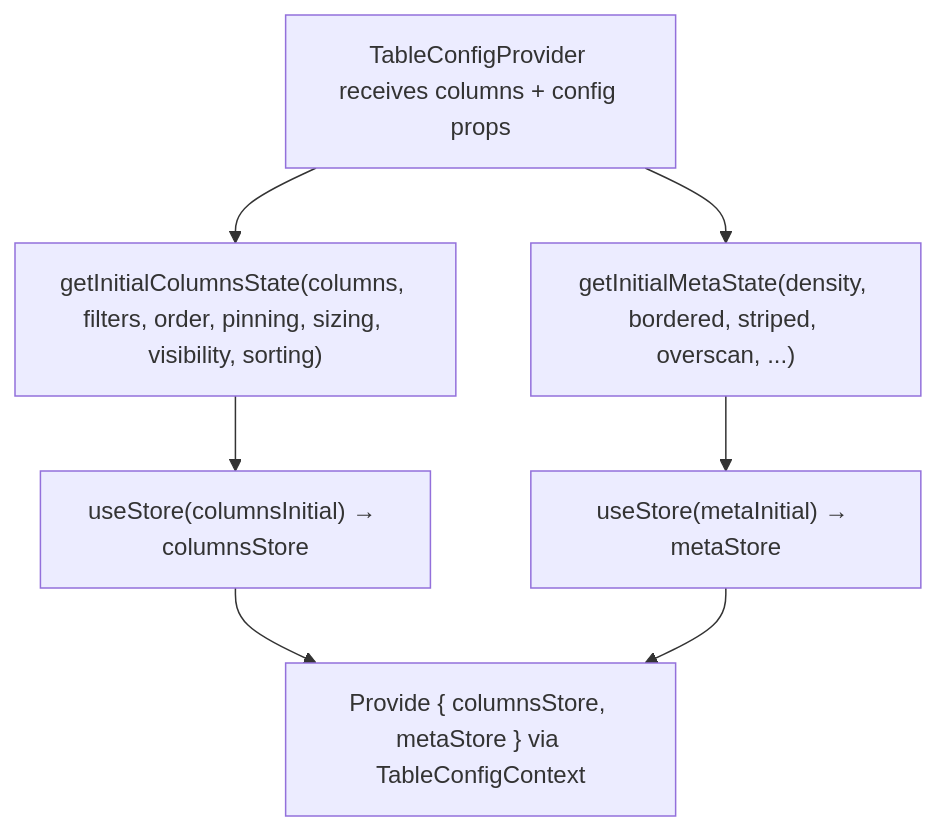
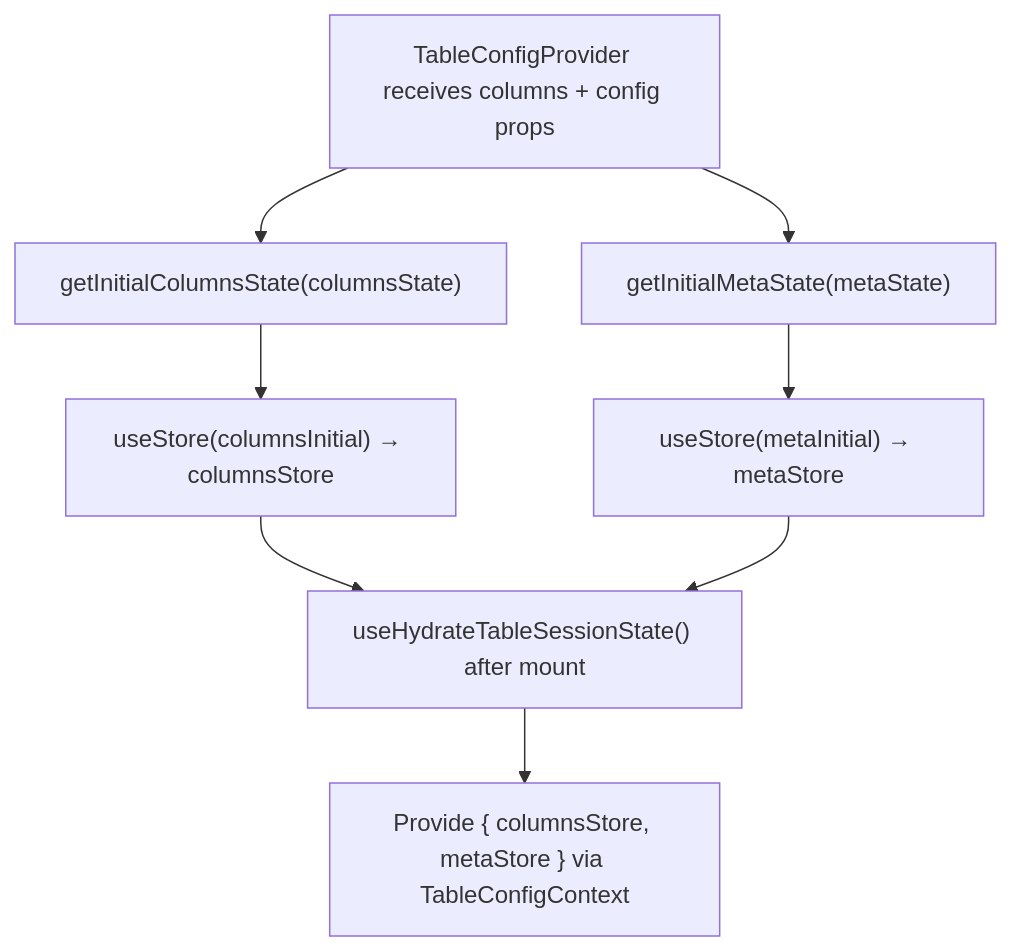
The second of 2 diagrams in apps/react-router/src/components/Table/contexts/TableConfig/ARCHITECTURE.md (luciocabrera/lcabrera-stack), drawn with Mermaid before and after one commit. The commit also changed other lines of this file and 19 other files, not shown here.

Commit message:
feat: add isBusy prop to Button, Tabs, ToggleSwitch components and update architecture documentation

````diff
--- a/apps/react-router/src/components/Table/contexts/TableConfig/ARCHITECTURE.md
+++ b/apps/react-router/src/components/Table/contexts/TableConfig/ARCHITECTURE.md
@@ -155,10 +155,11 @@
 ```mermaid
 graph TD
   A["TableConfigProvider receives columns + config props"]
-  A --> B["getInitialColumnsState(columns, filters, order, pinning, sizing, visibility, sorting)"]
-  A --> C["getInitialMetaState(density, bordered, striped, overscan, ...)"]
+  A --> B["getInitialColumnsState(columnsState)"]
+  A --> C["getInitialMetaState(metaState)"]
   B --> D["useStore(columnsInitial) → columnsStore"]
   C --> E["useStore(metaInitial) → metaStore"]
-  D --> F["Provide { columnsStore, metaStore } via TableConfigContext"]
+  D --> F["useHydrateTableSessionState() after mount"]
   E --> F
+  F --> G["Provide { columnsStore, metaStore } via TableConfigContext"]
 ```
````
